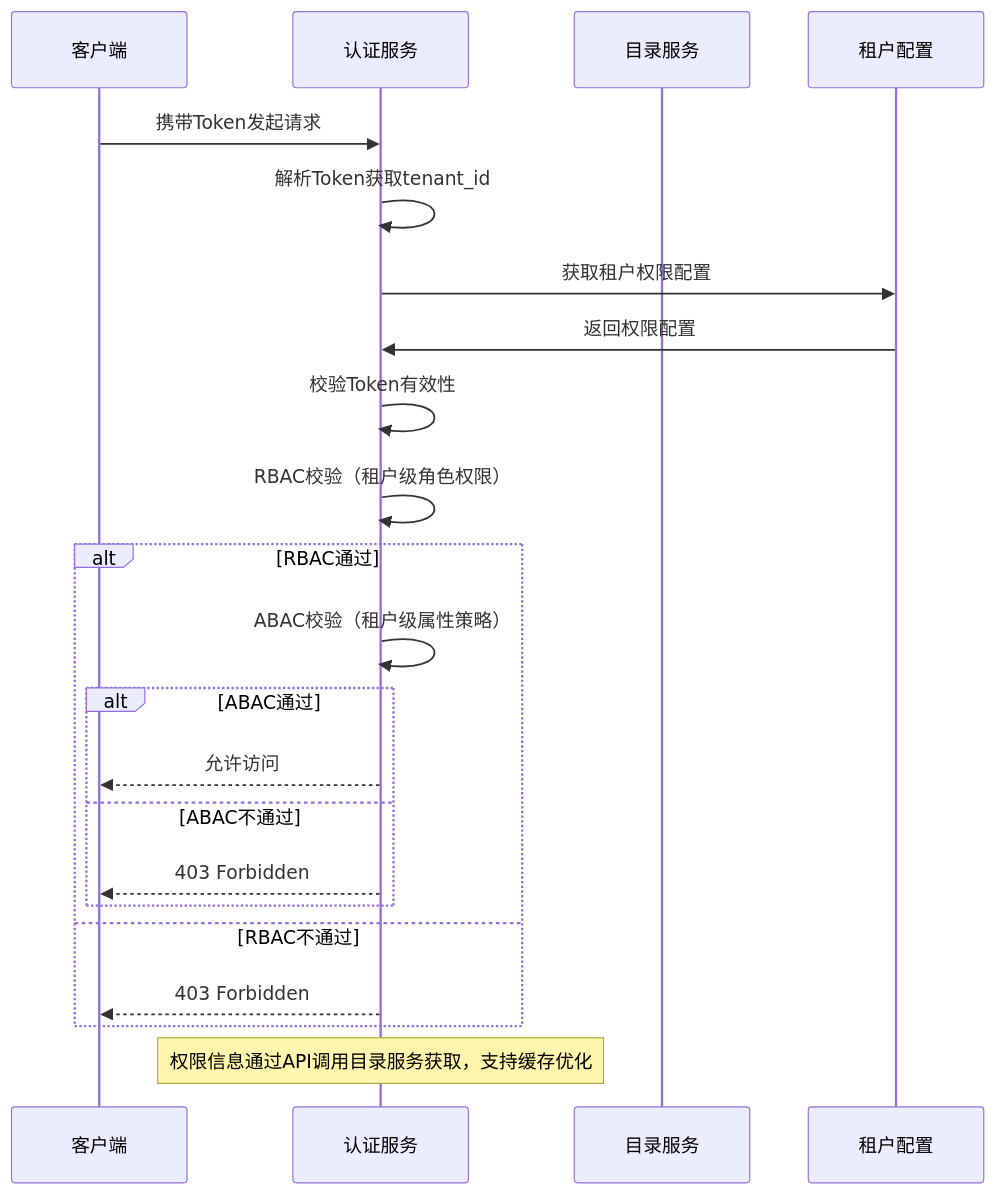
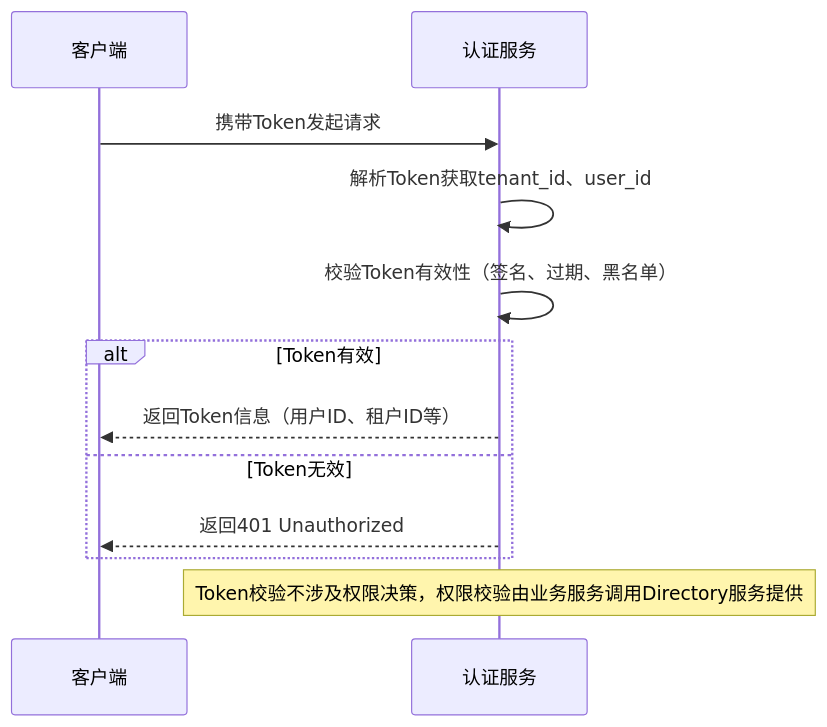
Before and after one commit to ai-archi/aiPaaS: the fourth of 5 diagrams in docs/architecture/aixone-tech-auth-architecture.md, drawn with Mermaid. The commit also changed other lines of this file and 147 other files, not shown here.

````diff
--- a/docs/architecture/aixone-tech-auth-architecture.md
+++ b/docs/architecture/aixone-tech-auth-architecture.md
@@ -325,24 +505,14 @@
 ```mermaid
 sequenceDiagram
     participant C as 客户端
     participant A as 认证服务
-    participant D as 目录服务
-    participant T as 租户配置
     C->>A: 携带Token发起请求
-    A->>A: 解析Token获取tenant_id
-    A->>T: 获取租户权限配置
-    T->>A: 返回权限配置
-    A->>A: 校验Token有效性
-    A->>A: RBAC校验（租户级角色权限）
-    alt RBAC通过
-        A->>A: ABAC校验（租户级属性策略）
-        alt ABAC通过
-            A-->>C: 允许访问
-        else ABAC不通过
-            A-->>C: 403 Forbidden
-        end
-    else RBAC不通过
-        A-->>C: 403 Forbidden
+    A->>A: 解析Token获取tenant_id、user_id
+    A->>A: 校验Token有效性（签名、过期、黑名单）
+    alt Token有效
+        A-->>C: 返回Token信息（用户ID、租户ID等）
+    else Token无效
+        A-->>C: 返回401 Unauthorized
     end
-    Note over A: 权限信息通过API调用目录服务获取，支持缓存优化
+    Note over A: Token校验不涉及权限决策，权限校验由业务服务调用Directory服务提供
 ```
````
